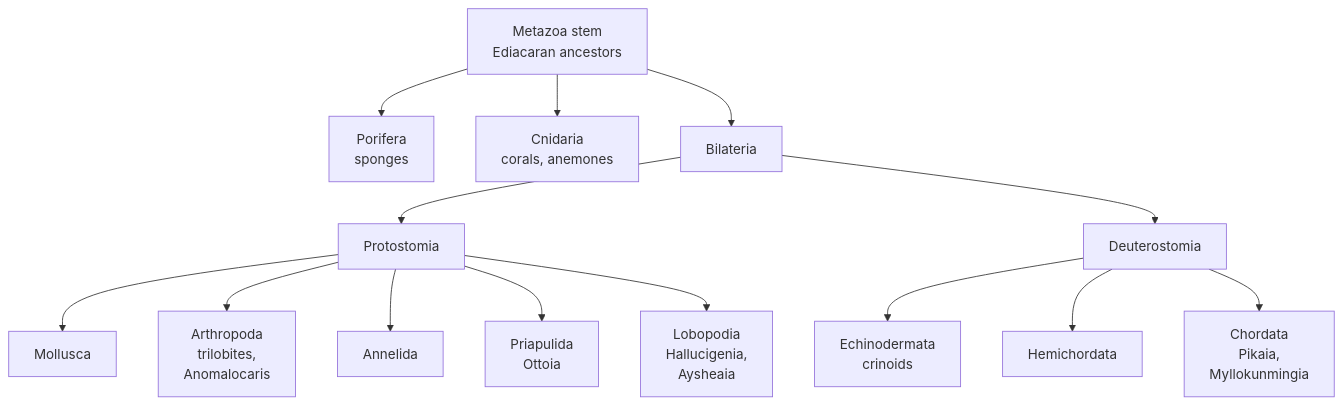
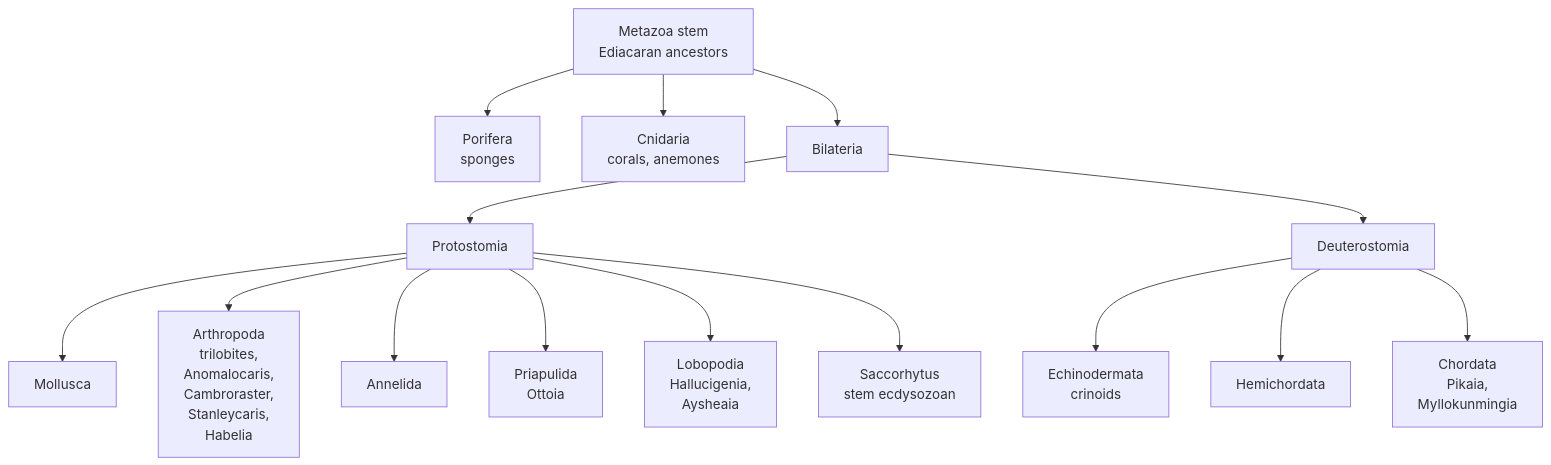
The diagram in docs/sequences/cambrian.md (sonoransun/treelifebloom), drawn with Mermaid before and after one commit. The commit also changed other lines of this file and 29 other files, not shown here.

````diff
--- a/docs/sequences/cambrian.md
+++ b/docs/sequences/cambrian.md
@@ -23,17 +23,18 @@
 ```mermaid
 graph TD
     MS[Metazoa stem<br/>Ediacaran ancestors]
     MS --> Po[Porifera<br/>sponges]
     MS --> Cn[Cnidaria<br/>corals, anemones]
     MS --> Bi[Bilateria]
     Bi --> Pr[Protostomia]
     Bi --> De[Deuterostomia]
     Pr --> Mo[Mollusca]
-    Pr --> Ar[Arthropoda<br/>trilobites,<br/>Anomalocaris]
+    Pr --> Ar[Arthropoda<br/>trilobites,<br/>Anomalocaris,<br/>Cambroraster,<br/>Stanleycaris,<br/>Habelia]
     Pr --> An[Annelida]
     Pr --> Pp[Priapulida<br/>Ottoia]
     Pr --> Lo[Lobopodia<br/>Hallucigenia,<br/>Aysheaia]
+    Pr --> Sa[Saccorhytus<br/>stem ecdysozoan]
     De --> Ec[Echinodermata<br/>crinoids]
     De --> He[Hemichordata]
     De --> Ch[Chordata<br/>Pikaia,<br/>Myllokunmingia]
 ```
````
